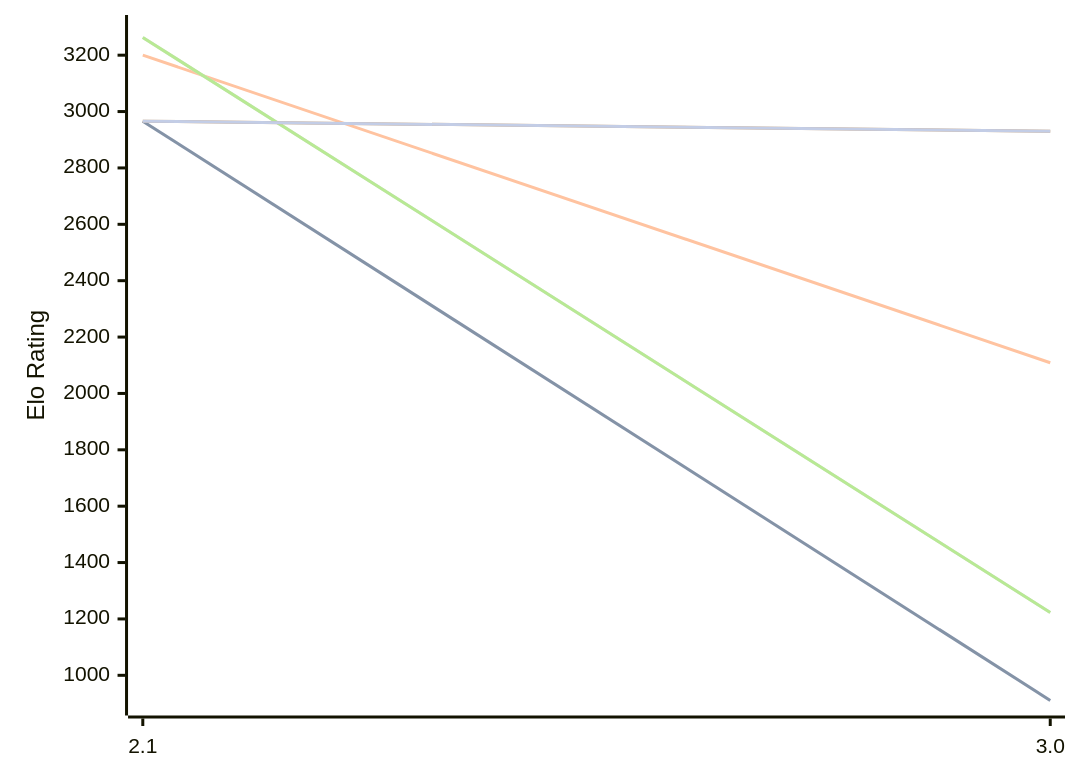
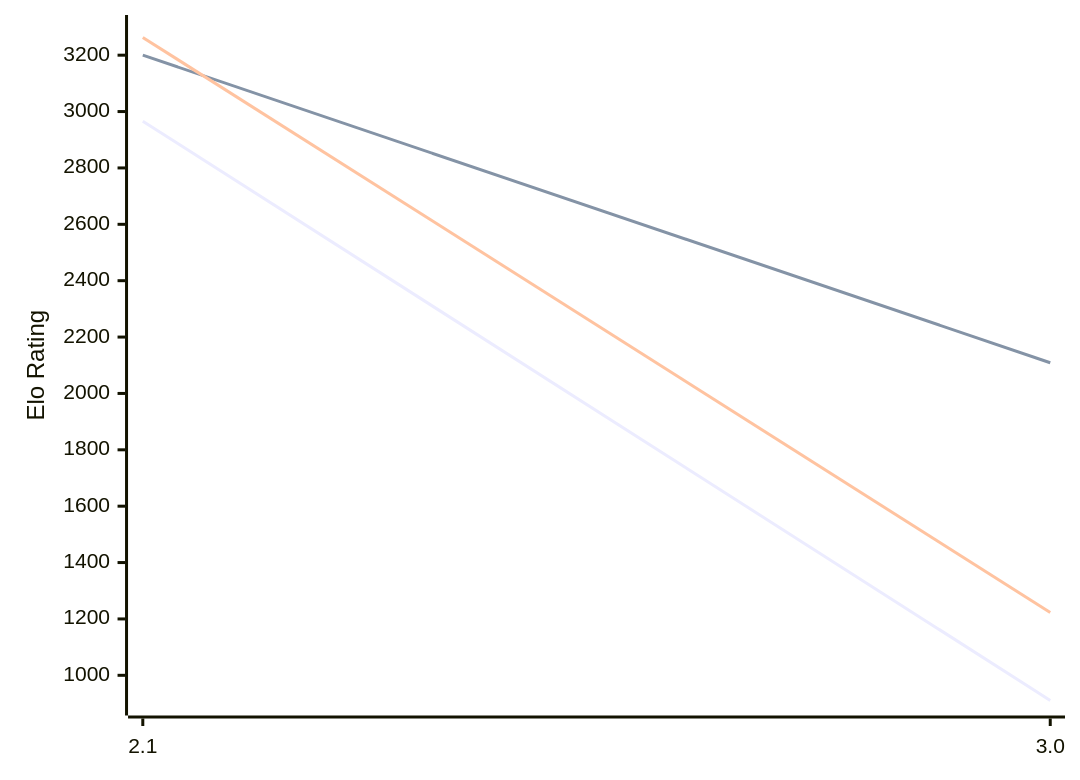
One commit to computer-chess-index/cci changed the diagram in engines/Quirky.md. Above: the diagram before and after it, drawn with Mermaid. The commit also changed other lines of this file, not shown here.

````diff
--- a/engines/Quirky.md
+++ b/engines/Quirky.md
@@ -48,13 +48,9 @@
 ```mermaid
 %%{init: {"theme":"base","themeVariables":{"seriesColors:['#a3a3a3','#222221','#faa371']}}}%%
 xychart-beta
   x-axis ["2.1", "3.0"]
   y-axis "Elo Rating" 900 --> 3300
-  line "" [2966, 911]
   line "T1: STC (8.0+0.08s)" [2966, 911]
   line "T1: LTC (60.0+0.60s)" [3200, 2109]
-  line "" [3263, 1223]
   line "T1: VLTC (2m24s+1.12s)" [3263, 1223]
-  line "" [2966,2930]
-  line "E1: STC (8.0+0.08s)" [2966,2930]
 ```
````
